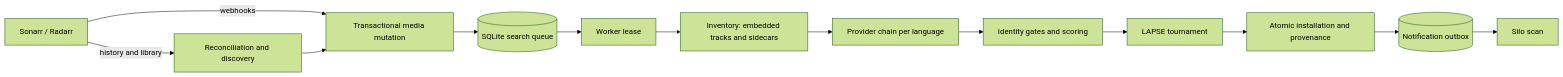
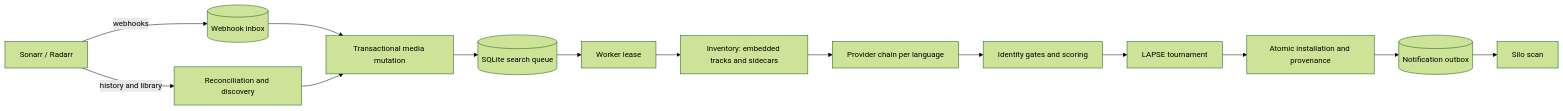
Before and after one commit to tomislav/subsyncd: the diagram in docs/architecture.md, drawn with Mermaid (forest theme). The commit also changed other lines of this file and 52 other files, not shown here.

````diff
--- a/docs/architecture.md
+++ b/docs/architecture.md
@@ -5,13 +5,13 @@
 ```mermaid
 flowchart LR
-    arr[Sonarr / Radarr] -- webhooks --> mut
+    arr[Sonarr / Radarr] -- webhooks --> inbox[(Webhook inbox)] --> mut
     arr -- history and library --> recon[Reconciliation and discovery] --> mut
     mut[Transactional media mutation] --> queue[(SQLite search queue)]
     queue --> worker[Worker lease]
     worker --> inv[Inventory: embedded tracks and sidecars]
     inv --> prov[Provider chain per language]
     prov --> score[Identity gates and scoring]
     score --> lapse[LAPSE tournament]
     lapse --> install[Atomic installation and provenance]
     install --> outbox[(Notification outbox)] --> silo[Silo scan]
 ```
````
